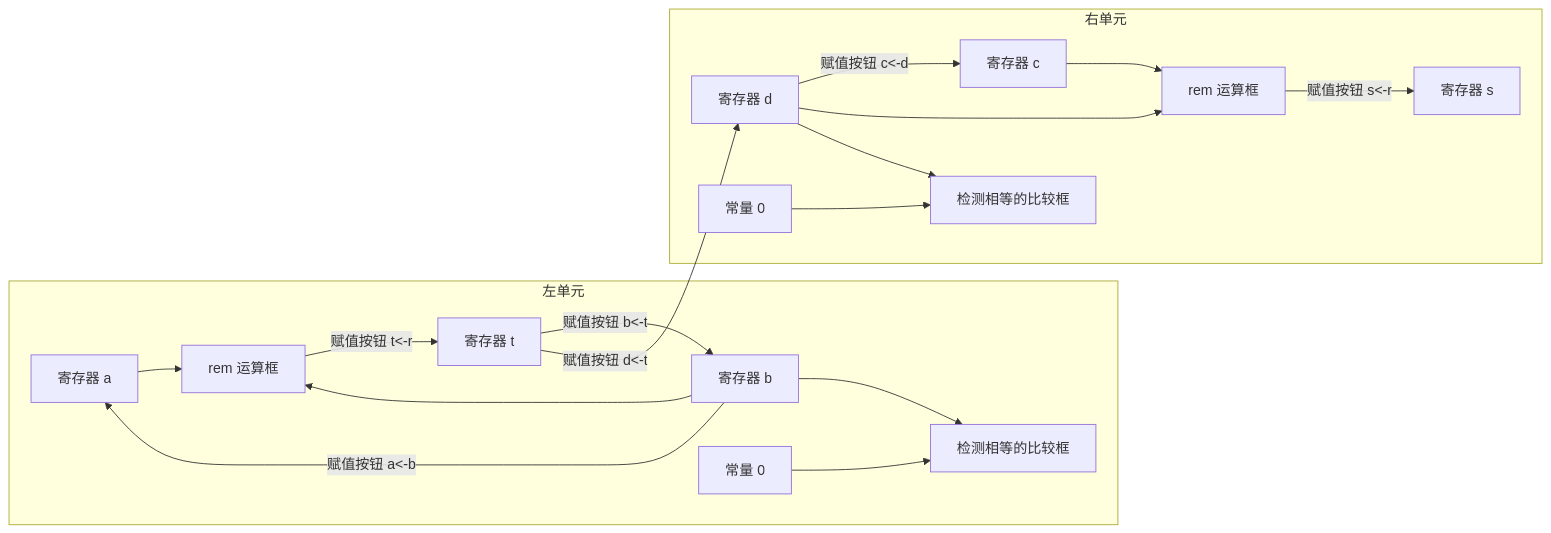
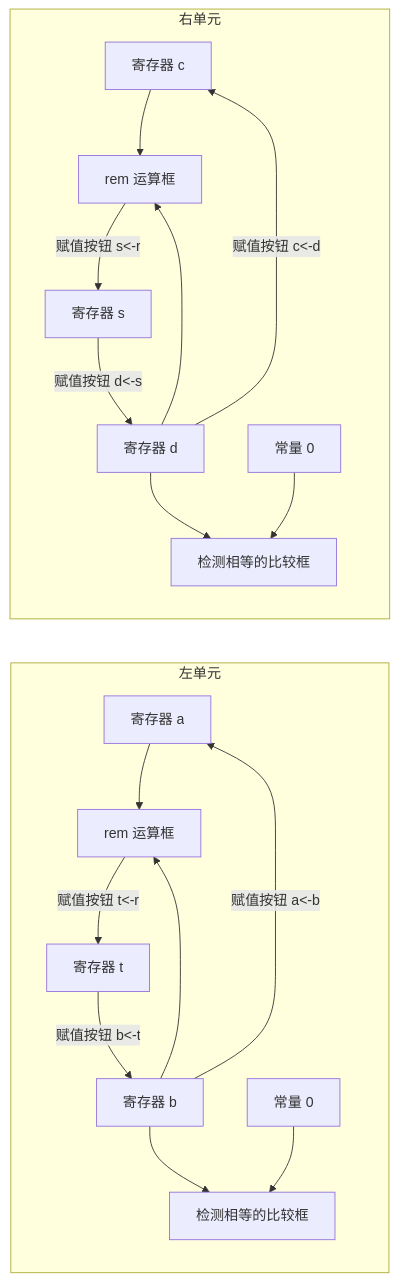
One commit to xiehanff/trans-books-city changed the fifth of 6 diagrams in books/structure-and-interpretation-of-computer-programs/05-第5章-寄存器机器里的计算.md. Above: the diagram before and after it, drawn with Mermaid. The commit also changed other lines of this file and 80 other files, not shown here.

````diff
--- a/books/structure-and-interpretation-of-computer-programs/05-第5章-寄存器机器里的计算.md
+++ b/books/structure-and-interpretation-of-computer-programs/05-第5章-寄存器机器里的计算.md
@@ -307,33 +305,33 @@
 ```mermaid
 flowchart LR
     subgraph LU["左单元"]
         RA["寄存器 a"]
         RB["寄存器 b"]
         RT["寄存器 t"]
         REM1["rem 运算框"]
         EQ1["检测相等的比较框"]
         C01["常量 0"]
         RB -->|"赋值按钮 a<-b"| RA
         RT -->|"赋值按钮 b<-t"| RB
         RA --> REM1
         RB --> REM1
         REM1 -->|"赋值按钮 t<-r"| RT
         RB --> EQ1
         C01 --> EQ1
     end
     subgraph RU["右单元"]
         RC["寄存器 c"]
         RD["寄存器 d"]
         RS["寄存器 s"]
         REM2["rem 运算框"]
         EQ2["检测相等的比较框"]
         C02["常量 0"]
         RD -->|"赋值按钮 c<-d"| RC
-        RT -->|"赋值按钮 d<-t"| RD
+        RS -->|"赋值按钮 d<-s"| RD
         RC --> REM2
         RD --> REM2
         REM2 -->|"赋值按钮 s<-r"| RS
         RD --> EQ2
         C02 --> EQ2
     end
 ```
````
